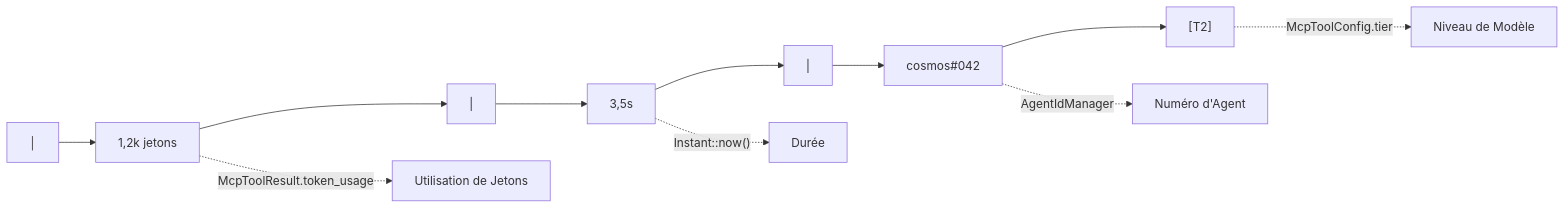
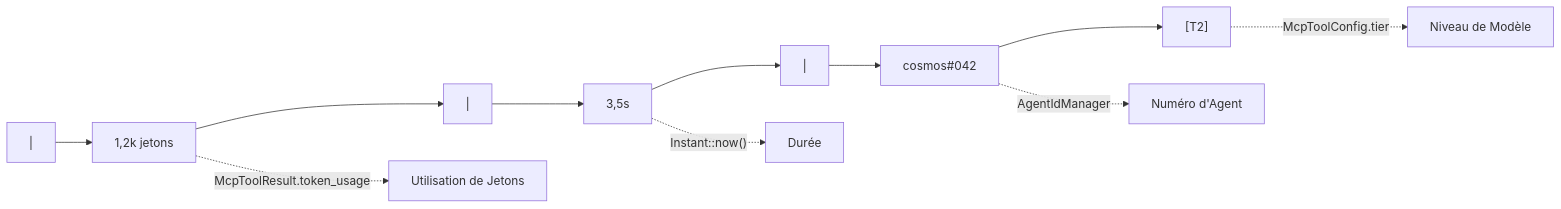
Before and after one commit to celestia-island/plana: the eighth of 9 diagrams in docs/fr/design/core/cosmos-scheduling.md, drawn with Mermaid. The commit also changed 6 other files, not shown here.

Commit message:
fix: replace stray Unicode box char in cosmos-scheduling mermaid (7 langs)

````diff
--- a/docs/fr/design/core/cosmos-scheduling.md
+++ b/docs/fr/design/core/cosmos-scheduling.md
@@ -242,9 +242,9 @@
 ```mermaid
 flowchart LR
-    BORDER["│"] --> TOK["1,2k jetons"] --> SEP1["|"] --> DUR["3,5s"] --> SEP2["|"] --> COSMOS["cosmos#042"] --> TIER["[T2]"]
+    BORDER["|"] --> TOK["1,2k jetons"] --> SEP1["|"] --> DUR["3,5s"] --> SEP2["|"] --> COSMOS["cosmos#042"] --> TIER["[T2]"]
 
     TOK -.->|"McpToolResult.token_usage"| SRC1["Utilisation de Jetons"]
     DUR -.->|"Instant::now()"| SRC2["Durée"]
     COSMOS -.->|"AgentIdManager"| SRC3["Numéro d'Agent"]
     TIER -.->|"McpToolConfig.tier"| SRC4["Niveau de Modèle"]
 ```
````
